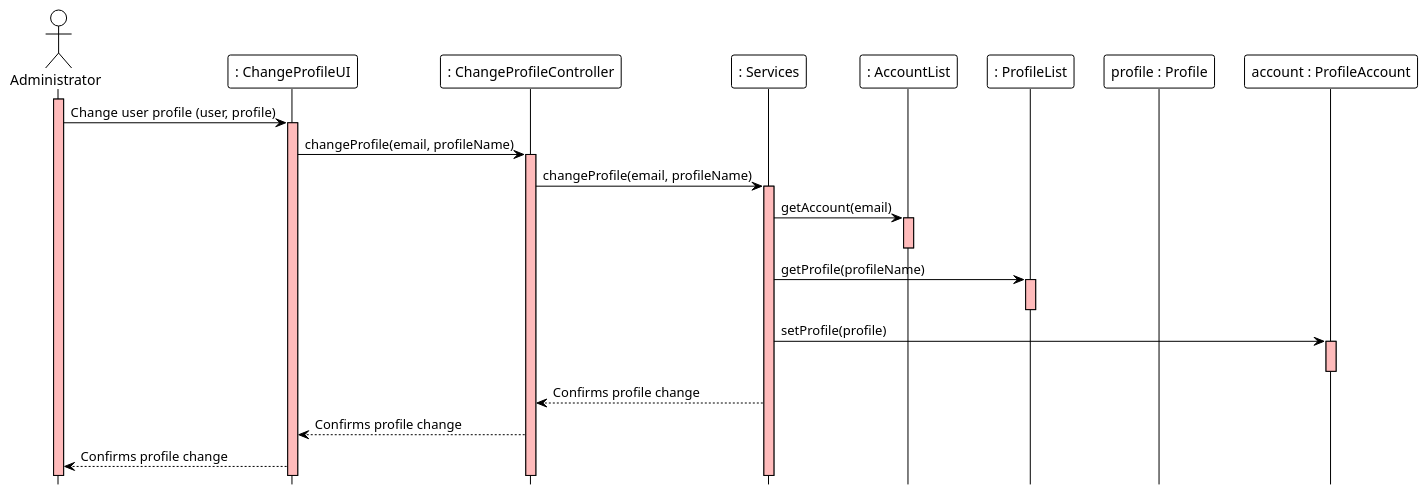
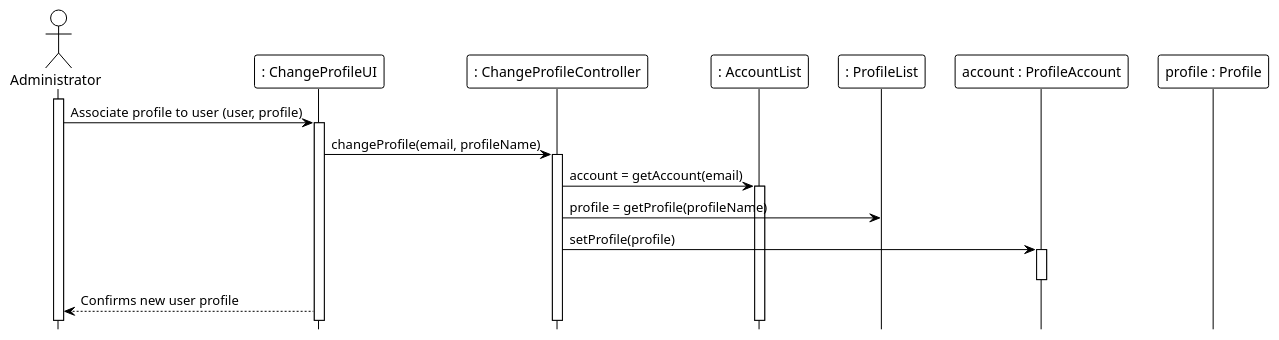
The diagram in docs/modelling_design/user_stories/us003/US003_ChangeProfileSD.puml (ivo-menezes/project_g3), drawn with PlantUML before and after one commit. The commit also changed 7 other files, not shown here.

```diff
--- a/docs/modelling_design/user_stories/us003/US003_ChangeProfileSD.puml
+++ b/docs/modelling_design/user_stories/us003/US003_ChangeProfileSD.puml
@@ -1,36 +1,26 @@
 @startuml
 !theme plain
 hide footbox
 
 actor Administrator
 participant ": ChangeProfileUI" as UI
 participant ": ChangeProfileController" as Controller
-participant ": Services" as Services
 participant ": AccountList" as AccountList
 participant ": ProfileList" as ProfileList
+participant "account : ProfileAccount" as Account
 participant "profile : Profile" as Profile
-participant "account : ProfileAccount" as Account
 
 
-
-activate Administrator #FFBBBB
-Administrator -> UI : Change user profile (user, profile)
-activate UI #FFBBBB
+activate Administrator
+Administrator -> UI : Associate profile to user (user, profile)
+activate UI
 UI -> Controller : changeProfile(email, profileName)
-activate Controller #FFBBBB
-Controller -> Services : changeProfile(email, profileName)
-activate Services #FFBBBB
-Services -> AccountList : getAccount(email)
-activate AccountList #FFBBBB
-deactivate AccountList
-Services -> ProfileList : getProfile(profileName)
-activate ProfileList #FFBBBB
-deactivate ProfileList #FFBBBB
-Services -> Account : setProfile(profile)
-activate Account #FFBBBB
-deactivate Account #FFBBBB
-
-Services --> Controller : Confirms profile change
-Controller --> UI : Confirms profile change
-UI --> Administrator : Confirms profile change
+activate Controller
+Controller -> AccountList : account = getAccount(email)
+activate AccountList
+Controller -> ProfileList : profile = getProfile(profileName)
+Controller -> Account : setProfile(profile)
+activate Account
+deactivate Account
+UI --> Administrator : Confirms new user profile
 @enduml
```
